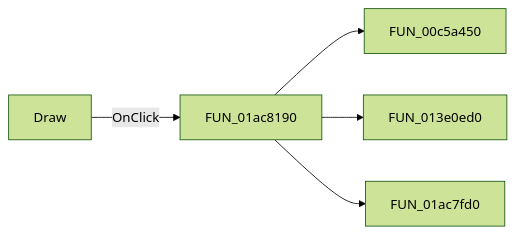
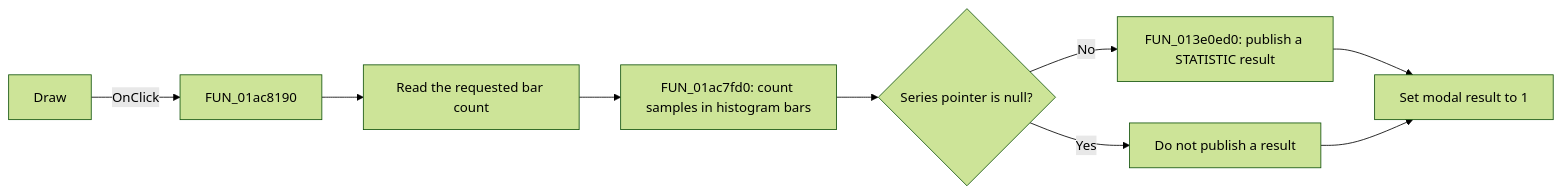
The diagram in docs/ui-controls/statisticdlg/drawbtn-2702b24b6c.md (MovGP0/TIARA), drawn with Mermaid (forest theme) before and after one commit. The commit also changed other lines of this file and 1062 other files, not shown here.

````diff
--- a/docs/ui-controls/statisticdlg/drawbtn-2702b24b6c.md
+++ b/docs/ui-controls/statisticdlg/drawbtn-2702b24b6c.md
@@ -27,7 +31,11 @@
 ```mermaid
 flowchart LR
     control["Draw"] -->|OnClick| handler["FUN_01ac8190"]
-    handler --> call1["FUN_00c5a450"]
-    handler --> call2["FUN_013e0ed0"]
-    handler --> call3["FUN_01ac7fd0"]
+    handler --> readCount["Read the requested bar count"]
+    readCount --> buildSeries["FUN_01ac7fd0: count samples in histogram bars"]
+    buildSeries --> hasSeries{"Series pointer is null?"}
+    hasSeries -->|No| publish["FUN_013e0ed0: publish a STATISTIC result"]
+    hasSeries -->|Yes| noResult["Do not publish a result"]
+    publish --> closeDialog["Set modal result to 1"]
+    noResult --> closeDialog
 ```
````
